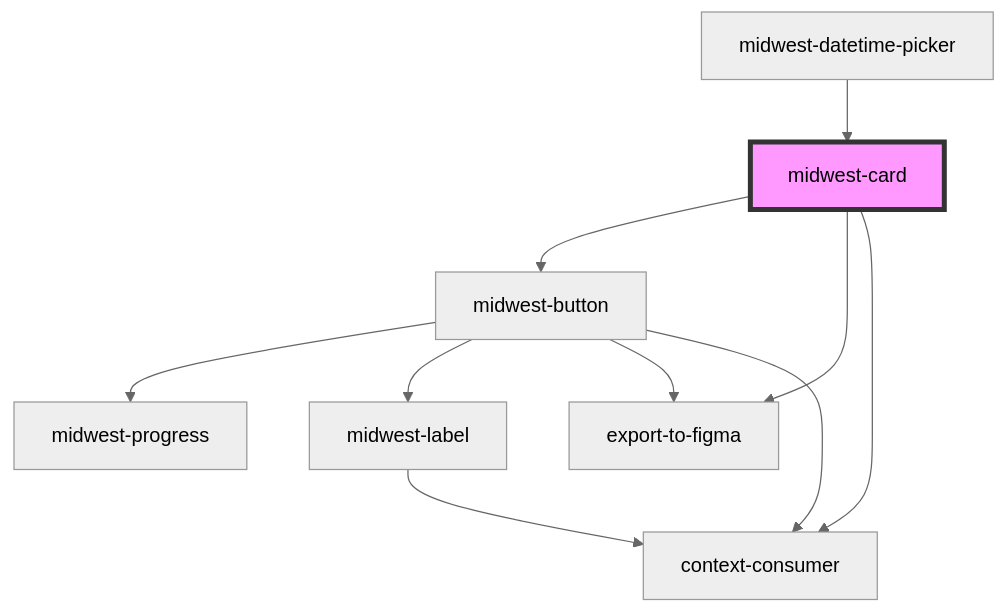
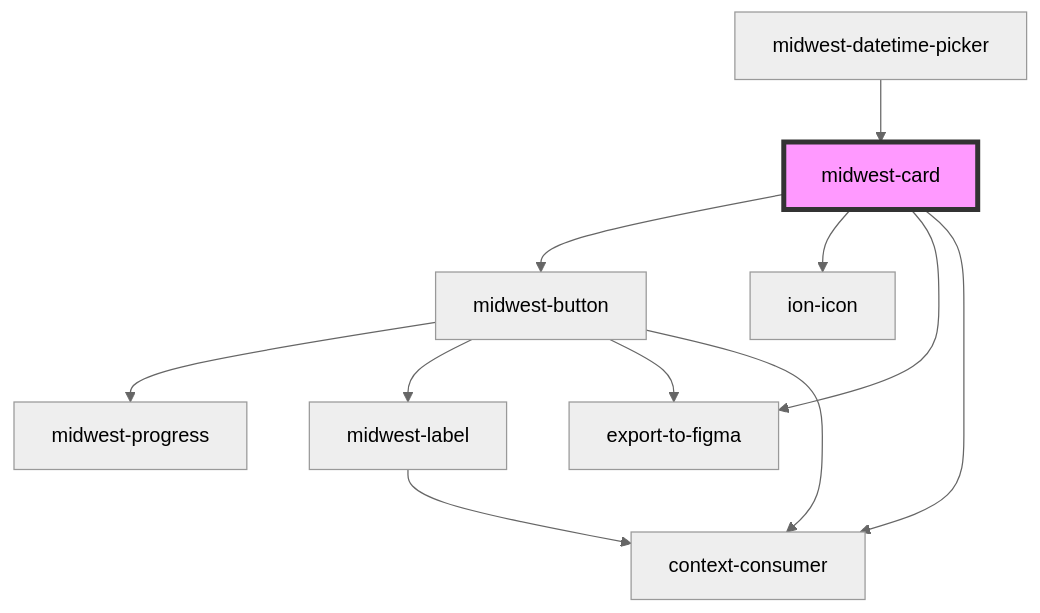
The diagram in packages/core/docs/components/common/card/readme.md (splitinfinities/Midwest), drawn with Mermaid (neutral theme) before and after one commit. The commit also changed other lines of this file and 388 other files, not shown here.

````diff
--- a/packages/core/docs/components/common/card/readme.md
+++ b/packages/core/docs/components/common/card/readme.md
@@ -68,13 +69,14 @@
 ```mermaid
 graph TD;
   midwest-card --> midwest-button
+  midwest-card --> ion-icon
   midwest-card --> export-to-figma
   midwest-card --> context-consumer
   midwest-button --> midwest-progress
   midwest-button --> midwest-label
   midwest-button --> export-to-figma
   midwest-button --> context-consumer
   midwest-label --> context-consumer
   midwest-datetime-picker --> midwest-card
   style midwest-card fill:#f9f,stroke:#333,stroke-width:4px
 ```
````
